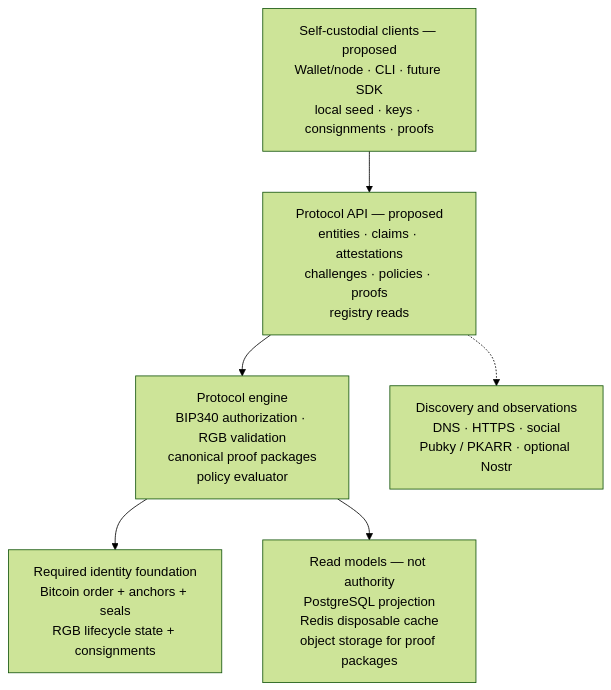
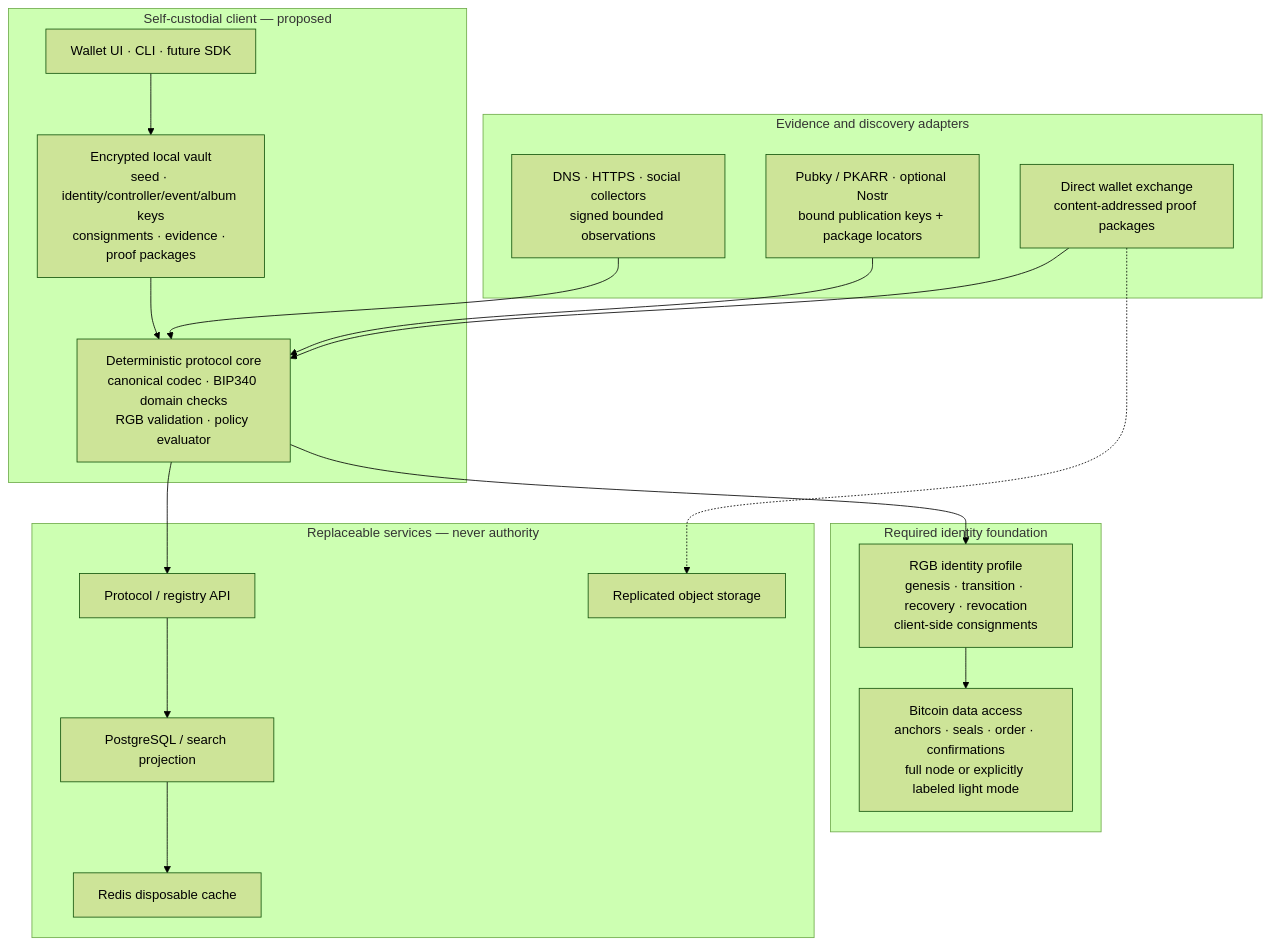
The diagram in docs/diagrams/05-software-stack-architecture.md (EdwinKestler/o2a-protocol), drawn with Mermaid (forest theme) before and after one commit. The commit also changed other lines of this file and 11 other files, not shown here.

Commit message:
Update protocol diagrams and framework

````diff
--- a/docs/diagrams/05-software-stack-architecture.md
+++ b/docs/diagrams/05-software-stack-architecture.md
@@ -9,14 +9,36 @@
 ```mermaid
 flowchart TB
-    WC["Self-custodial clients — proposed<br/>Wallet/node · CLI · future SDK<br/>local seed · keys · consignments · proofs"]
-    API["Protocol API — proposed<br/>entities · claims · attestations<br/>challenges · policies · proofs<br/>registry reads"]
-    ENG["Protocol engine<br/>BIP340 authorization · RGB validation<br/>canonical proof packages<br/>policy evaluator"]
-    BTC["Required identity foundation<br/>Bitcoin order + anchors + seals<br/>RGB lifecycle state + consignments"]
-    RM["Read models — not authority<br/>PostgreSQL projection<br/>Redis disposable cache<br/>object storage for proof packages"]
-    DISC["Discovery and observations<br/>DNS · HTTPS · social<br/>Pubky / PKARR · optional Nostr"]
+    subgraph CLIENT["Self-custodial client — proposed"]
+        UX["Wallet UI · CLI · future SDK"]
+        VAULT["Encrypted local vault<br/>seed · identity/controller/event/album keys<br/>consignments · evidence · proof packages"]
+        CORE["Deterministic protocol core<br/>canonical codec · BIP340 domain checks<br/>RGB validation · policy evaluator"]
+        UX --> VAULT --> CORE
+    end
 
-    WC --> API --> ENG
-    ENG --> BTC
-    ENG --> RM
-    API -.-> DISC
+    subgraph REQUIRED["Required identity foundation"]
+        RGB["RGB identity profile<br/>genesis · transition · recovery · revocation<br/>client-side consignments"]
+        BTC["Bitcoin data access<br/>anchors · seals · order · confirmations<br/>full node or explicitly labeled light mode"]
+        RGB --> BTC
+    end
+
+    subgraph EDGE["Evidence and discovery adapters"]
+        DNS["DNS · HTTPS · social collectors<br/>signed bounded observations"]
+        PUB["Pubky / PKARR · optional Nostr<br/>bound publication keys + package locators"]
+        P2P["Direct wallet exchange<br/>content-addressed proof packages"]
+    end
+
+    subgraph SERVICES["Replaceable services — never authority"]
+        API["Protocol / registry API"]
+        SQL["PostgreSQL / search projection"]
+        CACHE["Redis disposable cache"]
+        OBJ["Replicated object storage"]
+    end
+
+    CORE --> RGB
+    DNS --> CORE
+    PUB --> CORE
+    P2P --> CORE
+    CORE --> API --> SQL
+    SQL --> CACHE
+    P2P -.-> OBJ
 ```
````
